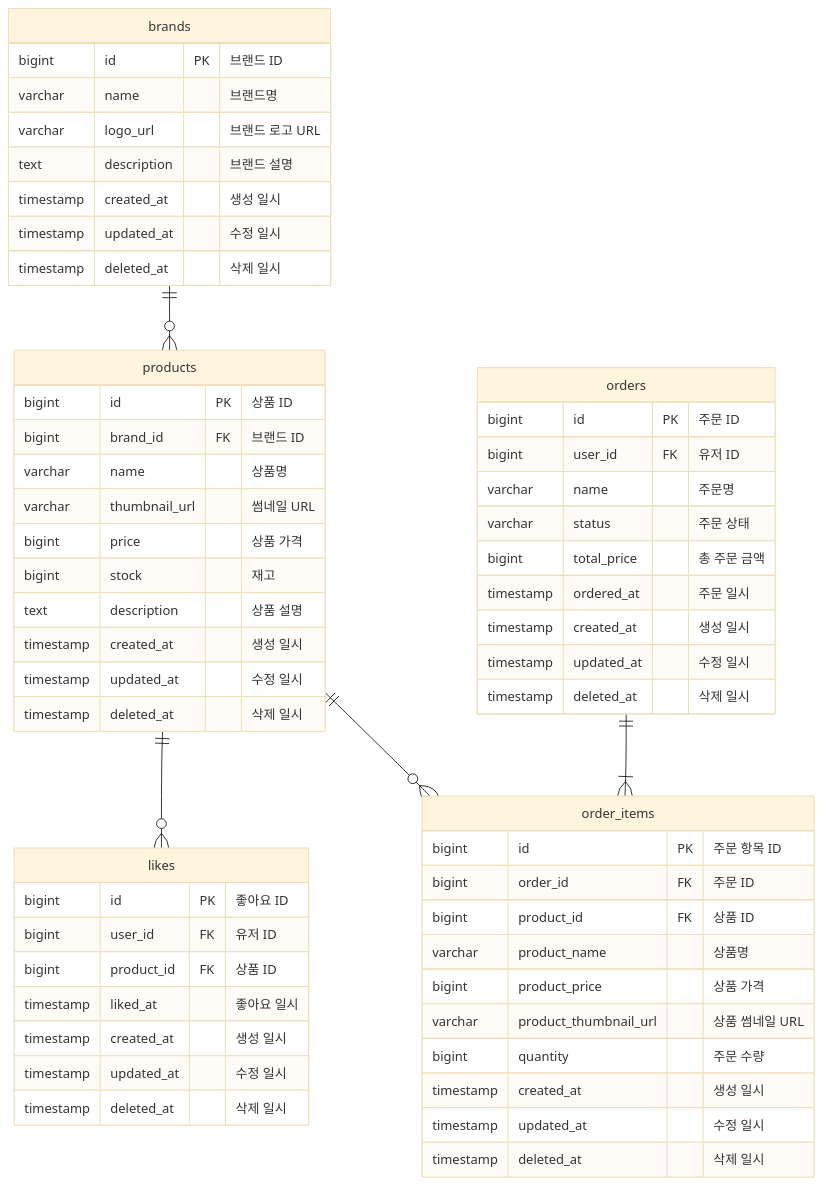
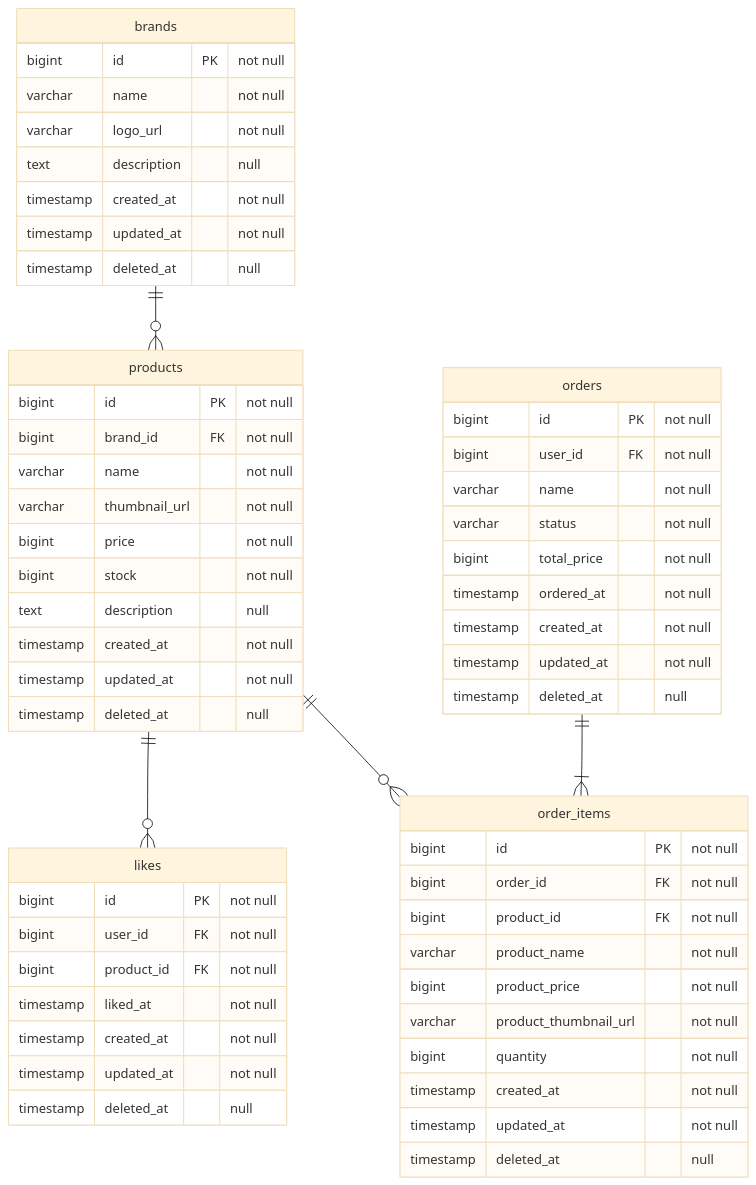
The diagram in .docs/design/04-erd.md (Loopers-dev-lab/loop-pack-be-l2-vol3-java), drawn with Mermaid (base theme) before and after one commit. The commit also changed other lines of this file and 2 other files, not shown here.

Commit message:
docs: ERD에 nullable 정보 추가 및 설계 문서 업데이트

````diff
--- a/.docs/design/04-erd.md
+++ b/.docs/design/04-erd.md
@@ -20,65 +20,65 @@
 ```mermaid
 erDiagram
     products {
-        bigint id PK "상품 ID"
-        bigint brand_id FK "브랜드 ID"
-        varchar name "상품명"
-        varchar thumbnail_url "썸네일 URL"
-        bigint price "상품 가격"
-        bigint stock "재고"
-        text description "상품 설명"
-        timestamp created_at "생성 일시"
-        timestamp updated_at "수정 일시"
-        timestamp deleted_at "삭제 일시"
+        bigint id PK "not null"
+        bigint brand_id FK "not null"
+        varchar name "not null"
+        varchar thumbnail_url "not null"
+        bigint price "not null"
+        bigint stock "not null"
+        text description "null"
+        timestamp created_at "not null"
+        timestamp updated_at "not null"
+        timestamp deleted_at "null"
     }
     
     brands {
-        bigint id PK "브랜드 ID"
-        varchar name "브랜드명"
-        varchar logo_url "브랜드 로고 URL"
-        text description "브랜드 설명"
-        timestamp created_at "생성 일시"
-        timestamp updated_at "수정 일시"
-        timestamp deleted_at "삭제 일시"
+        bigint id PK "not null"
+        varchar name "not null"
+        varchar logo_url "not null"
+        text description "null"
+        timestamp created_at "not null"
+        timestamp updated_at "not null"
+        timestamp deleted_at "null"
     }
     
     likes {
-        bigint id PK "좋아요 ID"
-        bigint user_id FK "유저 ID"
-        bigint product_id FK "상품 ID"
-        timestamp liked_at "좋아요 일시"
-        timestamp created_at "생성 일시"
-        timestamp updated_at "수정 일시"
-        timestamp deleted_at "삭제 일시"
+        bigint id PK "not null"
+        bigint user_id FK "not null"
+        bigint product_id FK "not null"
+        timestamp liked_at "not null"
+        timestamp created_at "not null"
+        timestamp updated_at "not null"
+        timestamp deleted_at "null"
     }
     
     orders {
-        bigint id PK "주문 ID"
-        bigint user_id FK "유저 ID"
-        varchar name "주문명"
-        varchar status "주문 상태"
-        bigint total_price "총 주문 금액"
-        timestamp ordered_at "주문 일시"
-        timestamp created_at "생성 일시"
-        timestamp updated_at "수정 일시"
-        timestamp deleted_at "삭제 일시"
+        bigint id PK "not null"
+        bigint user_id FK "not null"
+        varchar name "not null"
+        varchar status "not null"
+        bigint total_price "not null"
+        timestamp ordered_at "not null"
+        timestamp created_at "not null"
+        timestamp updated_at "not null"
+        timestamp deleted_at "null"
     }
     
     order_items {
-        bigint id PK "주문 항목 ID"
-        bigint order_id FK "주문 ID"
-        bigint product_id FK "상품 ID"
-        varchar product_name "상품명"
-        bigint product_price "상품 가격"
-        varchar product_thumbnail_url "상품 썸네일 URL"
-        bigint quantity "주문 수량"
-        timestamp created_at "생성 일시"
-        timestamp updated_at "수정 일시"
-        timestamp deleted_at "삭제 일시"
+        bigint id PK "not null"
+        bigint order_id FK "not null"
+        bigint product_id FK "not null"
+        varchar product_name "not null"
+        bigint product_price "not null"
+        varchar product_thumbnail_url "not null"
+        bigint quantity "not null"
+        timestamp created_at "not null"
+        timestamp updated_at "not null"
+        timestamp deleted_at "null"
     }
     
     brands ||--o{ products: ""
     products ||--o{ likes: ""
     products ||--o{ order_items: ""
     orders ||--|{ order_items: ""
 ```
````
